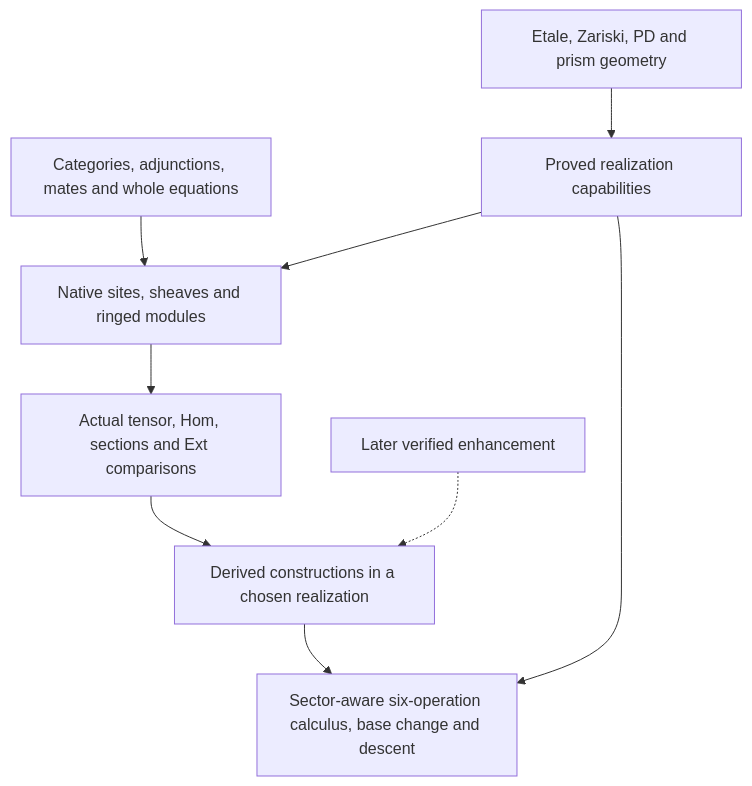
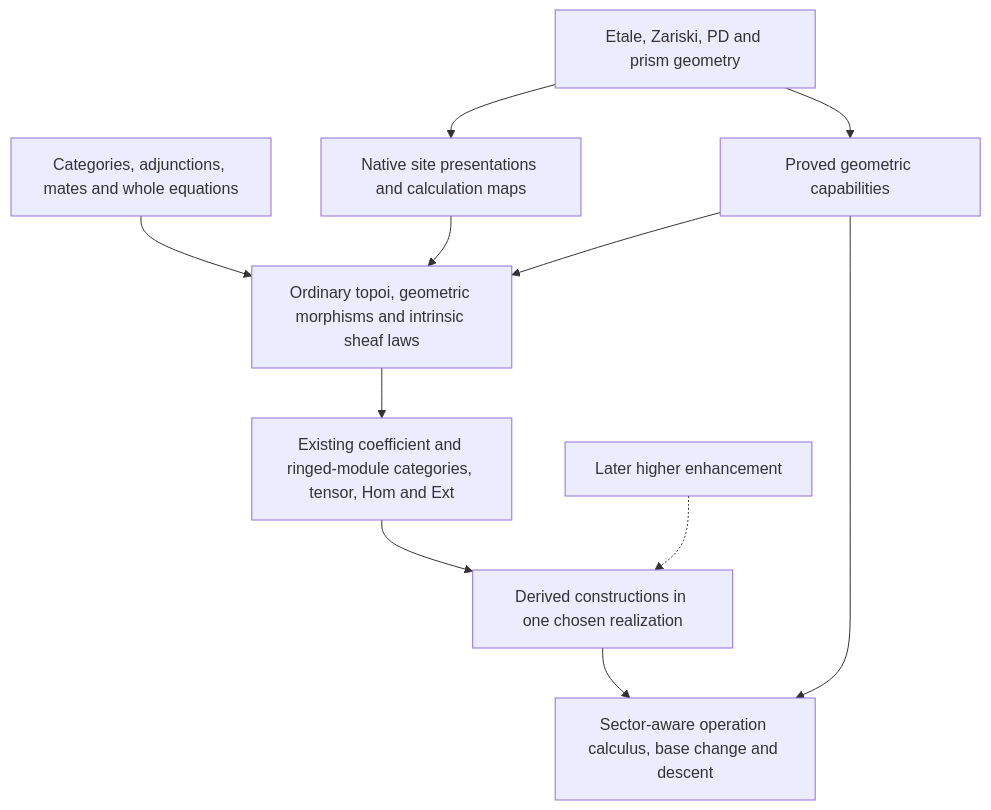
One commit to kangxyz/aglib changed the diagram in docs/design/SHEAF_COHOMOLOGY_SIX_FUNCTOR_REFACTOR_PLAN.md. Above: the diagram before and after it, drawn with Mermaid. The commit also changed other lines of this file and 1548 other files, not shown here.

First line of the commit message:
Refactor proper etale base change through abstract comparison cores

````diff
--- a/docs/design/SHEAF_COHOMOLOGY_SIX_FUNCTOR_REFACTOR_PLAN.md
+++ b/docs/design/SHEAF_COHOMOLOGY_SIX_FUNCTOR_REFACTOR_PLAN.md
@@ -103,11 +137,13 @@
 ```mermaid
 flowchart TD
-  C[Categories, adjunctions, mates and whole equations] --> S[Native sites, sheaves and ringed modules]
-  S --> H[Actual tensor, Hom, sections and Ext comparisons]
-  H --> D[Derived constructions in a chosen realization]
-  D --> O[Sector-aware six-operation calculus, base change and descent]
-  G[Etale, Zariski, PD and prism geometry] --> R[Proved realization capabilities]
-  R --> S
+  C[Categories, adjunctions, mates and whole equations] --> T[Ordinary topoi, geometric morphisms and intrinsic sheaf laws]
+  S[Native site presentations and calculation maps] --> T
+  T --> H[Existing coefficient and ringed-module categories, tensor, Hom and Ext]
+  H --> D[Derived constructions in one chosen realization]
+  D --> O[Sector-aware operation calculus, base change and descent]
+  G[Etale, Zariski, PD and prism geometry] --> S
+  G --> R[Proved geometric capabilities]
+  R --> T
   R --> O
-  E[Later verified enhancement] -.-> D
+  E[Later higher enhancement] -.-> D
 ```
````
